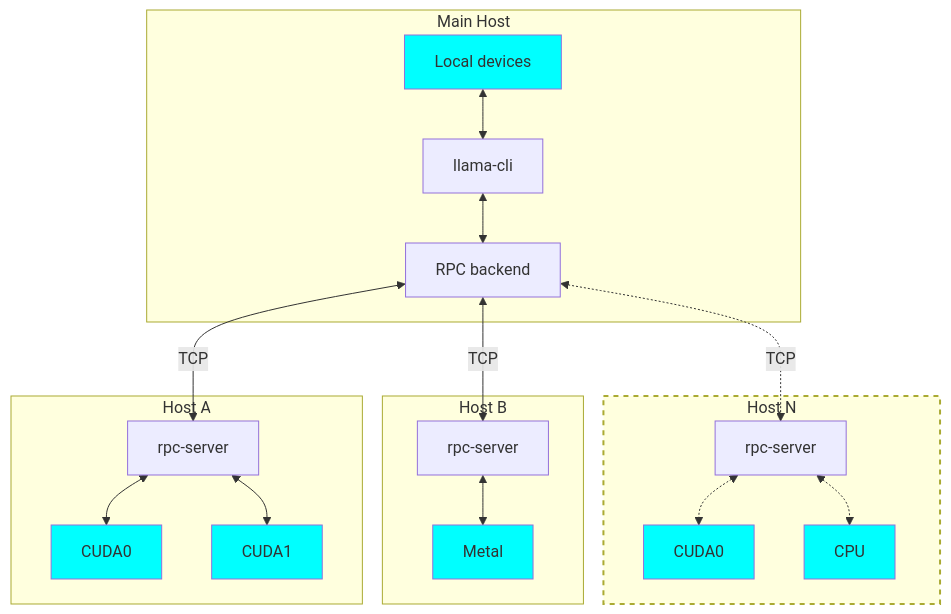
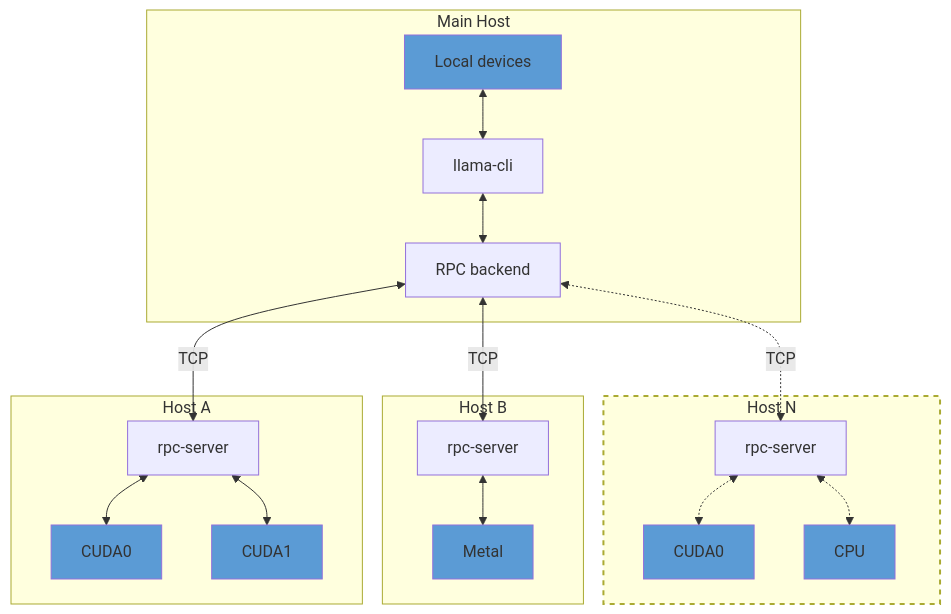
One commit to ggml-org/llama.cpp changed the diagram in tools/rpc/README.md. Above: the diagram before and after it, drawn with Mermaid.

Commit message:
change device color in diagram

````diff
--- a/tools/rpc/README.md
+++ b/tools/rpc/README.md
@@ -11,24 +11,24 @@
 ```mermaid
 flowchart TD
     rpcb<-->|TCP|srva
     rpcb<-->|TCP|srvb
     rpcb<-.->|TCP|srvn
     subgraph hostn[Host N]
     srvn[rpc-server]<-.->dev4["CUDA0"]
     srvn[rpc-server]<-.->dev5["CPU"]
     end
     subgraph hostb[Host B]
     srvb[rpc-server]<-->dev3["Metal"]
     end
     subgraph hosta[Host A]
     srva[rpc-server]<-->dev["CUDA0"]
     srva[rpc-server]<-->dev2["CUDA1"]
     end
     subgraph host[Main Host]
     local["Local devices"]<-->ggml[llama-cli]
     ggml[llama-cli]<-->rpcb[RPC backend]
     end
     style hostn stroke:#66,stroke-width:2px,stroke-dasharray: 5 5
-    classDef devcls fill:cyan
+    classDef devcls fill:#5B9BD5
     class local,dev,dev2,dev3,dev4,dev5 devcls
 ```
````
